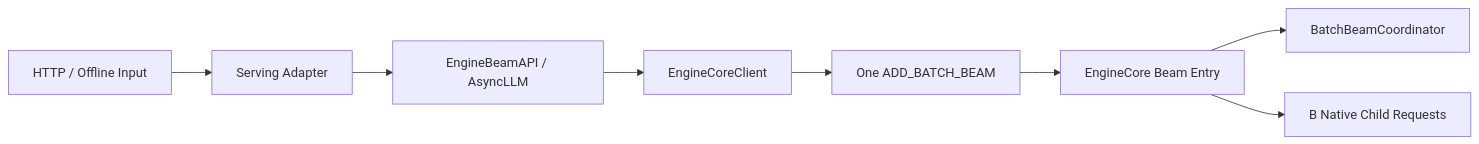
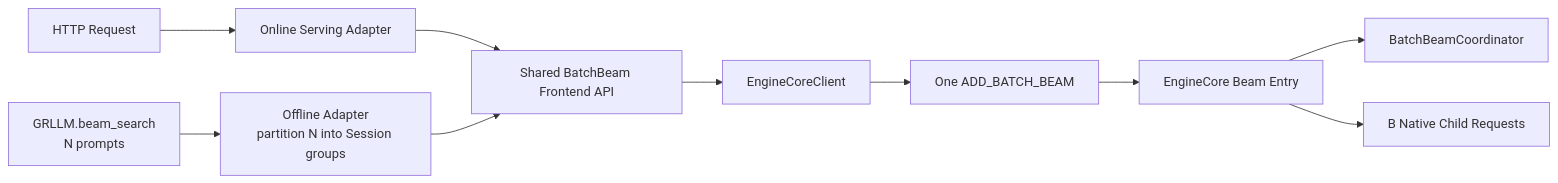
One commit to zhanghanleo10/gr-related changed the first of 2 diagrams in vllm-GR/serving_to_enginecore_batch_beam_entry_design.md. Above: the diagram before and after it, drawn with Mermaid. The commit also changed other lines of this file, not shown here.

Commit message:
docs: add offline Batch Beam entry design

````diff
--- a/vllm-GR/serving_to_enginecore_batch_beam_entry_design.md
+++ b/vllm-GR/serving_to_enginecore_batch_beam_entry_design.md
@@ -18,19 +18,23 @@
 ```mermaid
 flowchart LR
-    HTTP[HTTP / Offline Input]
-    SERVING[Serving Adapter]
-    API[EngineBeamAPI / AsyncLLM]
+    HTTP[HTTP Request]
+    OFFCALL[GRLLM.beam_search<br/>N prompts]
+    SERVING[Online Serving Adapter]
+    OFFLINE[Offline Adapter<br/>partition N into Session groups]
+    API[Shared BatchBeam Frontend API]
     CLIENT[EngineCoreClient]
     WIRE[One ADD_BATCH_BEAM]
     ENTRY[EngineCore Beam Entry]
     COORD[BatchBeamCoordinator]
     CHILD[B Native Child Requests]
 
     HTTP --> SERVING
+    OFFCALL --> OFFLINE
     SERVING --> API
+    OFFLINE --> API
     API --> CLIENT
     CLIENT --> WIRE
     WIRE --> ENTRY
     ENTRY --> COORD
     ENTRY --> CHILD
 ```
````
